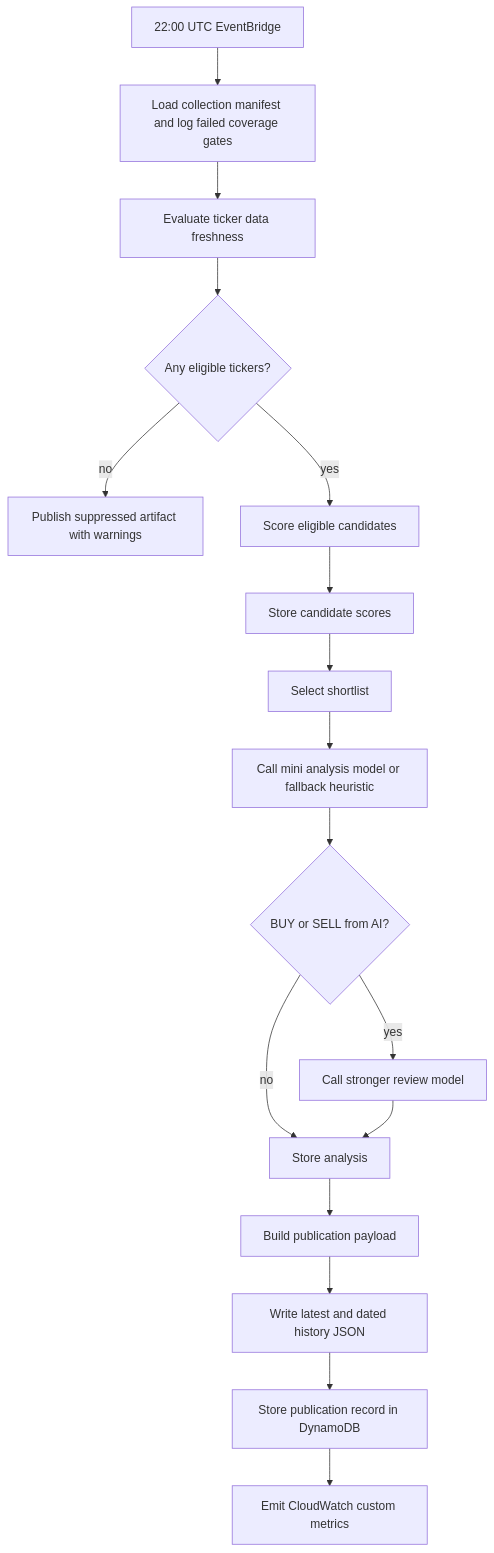
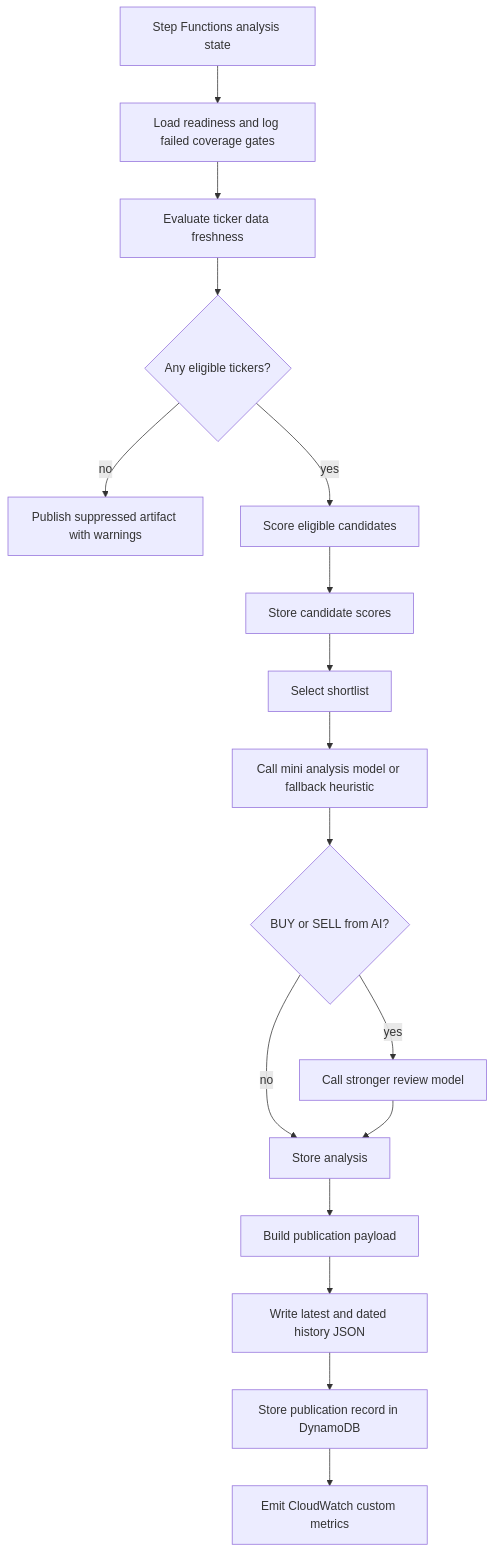
One commit to csenkey/stockara changed the third of 3 diagrams in docs/stockara-review/02-aws-architecture.md. Above: the diagram before and after it, drawn with Mermaid. The commit also changed other lines of this file and 34 other files, not shown here.

````diff
--- a/docs/stockara-review/02-aws-architecture.md
+++ b/docs/stockara-review/02-aws-architecture.md
@@ -109,19 +110,19 @@
 ```mermaid
 flowchart TD
-  Start["22:00 UTC EventBridge"] --> Gate["Load collection manifest and log failed coverage gates"]
+  Start["Step Functions analysis state"] --> Gate["Load readiness and log failed coverage gates"]
   Gate --> Freshness["Evaluate ticker data freshness"]
   Freshness --> Eligible{"Any eligible tickers?"}
   Eligible -->|no| Suppress["Publish suppressed artifact with warnings"]
   Eligible -->|yes| Score["Score eligible candidates"]
   Score --> StoreScores["Store candidate scores"]
   StoreScores --> Shortlist["Select shortlist"]
   Shortlist --> Analyze["Call mini analysis model or fallback heuristic"]
   Analyze --> Review{"BUY or SELL from AI?"}
   Review -->|yes| Strong["Call stronger review model"]
   Review -->|no| StoreAnalysis["Store analysis"]
   Strong --> StoreAnalysis
   StoreAnalysis --> Payload["Build publication payload"]
   Payload --> S3["Write latest and dated history JSON"]
   S3 --> Record["Store publication record in DynamoDB"]
   Record --> Metrics["Emit CloudWatch custom metrics"]
 ```
````
